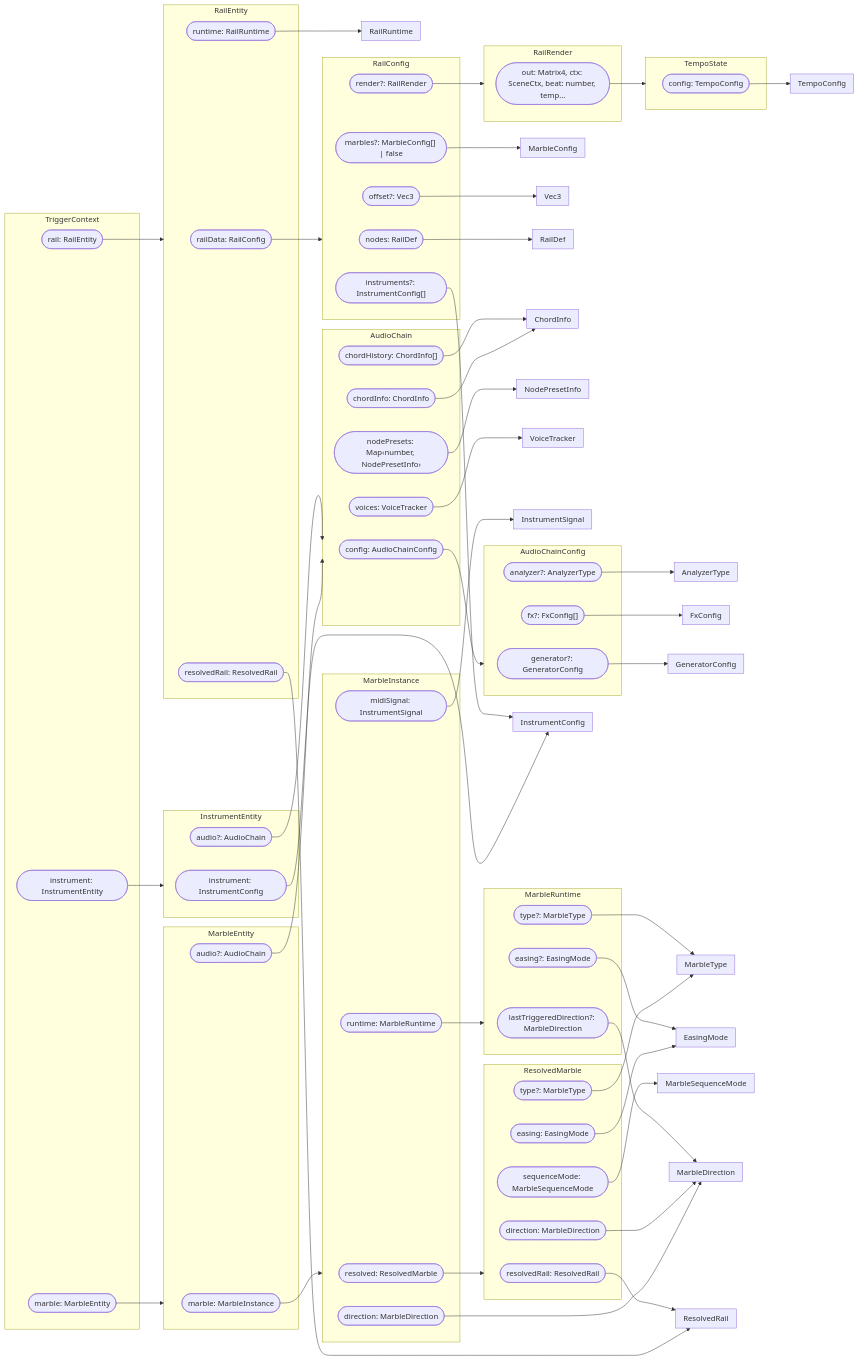
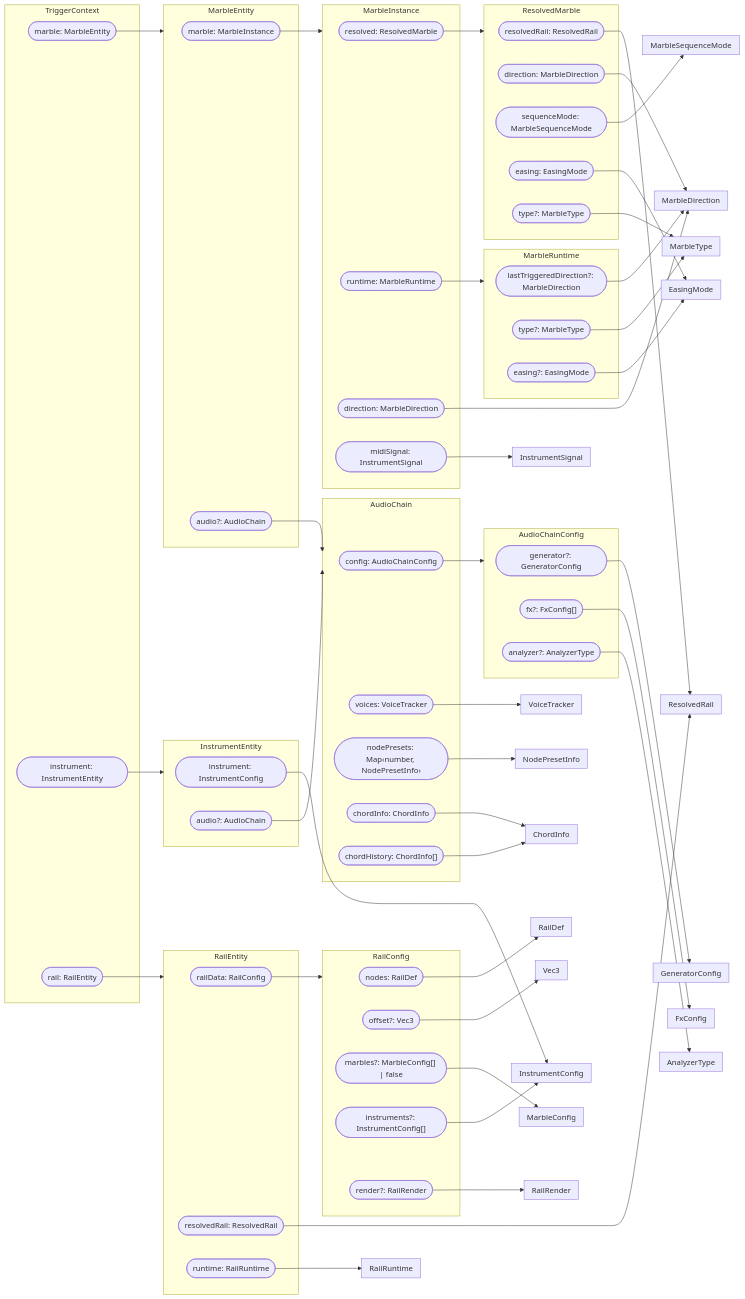
The third of 3 diagrams in ARCHITECTURE.md (darosh/ambient-circuit), drawn with Mermaid before and after one commit. The commit also changed other lines of this file, not shown here.

Commit message:
ARCHITECTURE.md

````diff
--- a/ARCHITECTURE.md
+++ b/ARCHITECTURE.md
@@ -355,7 +344,6 @@
   end
 
   subgraph RailRender["RailRender"]
-    RailRender__out(["out: Matrix4, ctx: SceneCtx, beat: number, temp…"])
   end
 
   subgraph MarbleSequenceMode["MarbleSequenceMode"]
@@ -374,13 +362,6 @@
   end
 
   subgraph AnalyzerType["AnalyzerType"]
-  end
-
-  subgraph TempoState["TempoState"]
-    TempoState__config(["config: TempoConfig"])
-  end
-
-  subgraph TempoConfig["TempoConfig"]
   end
 
   %% Inheritance
@@ -421,6 +402,4 @@
   AudioChainConfig__generator --> GeneratorConfig
   AudioChainConfig__fx --> FxConfig
   AudioChainConfig__analyzer --> AnalyzerType
-  RailRender__out --> TempoState
-  TempoState__config --> TempoConfig
 ```
````
